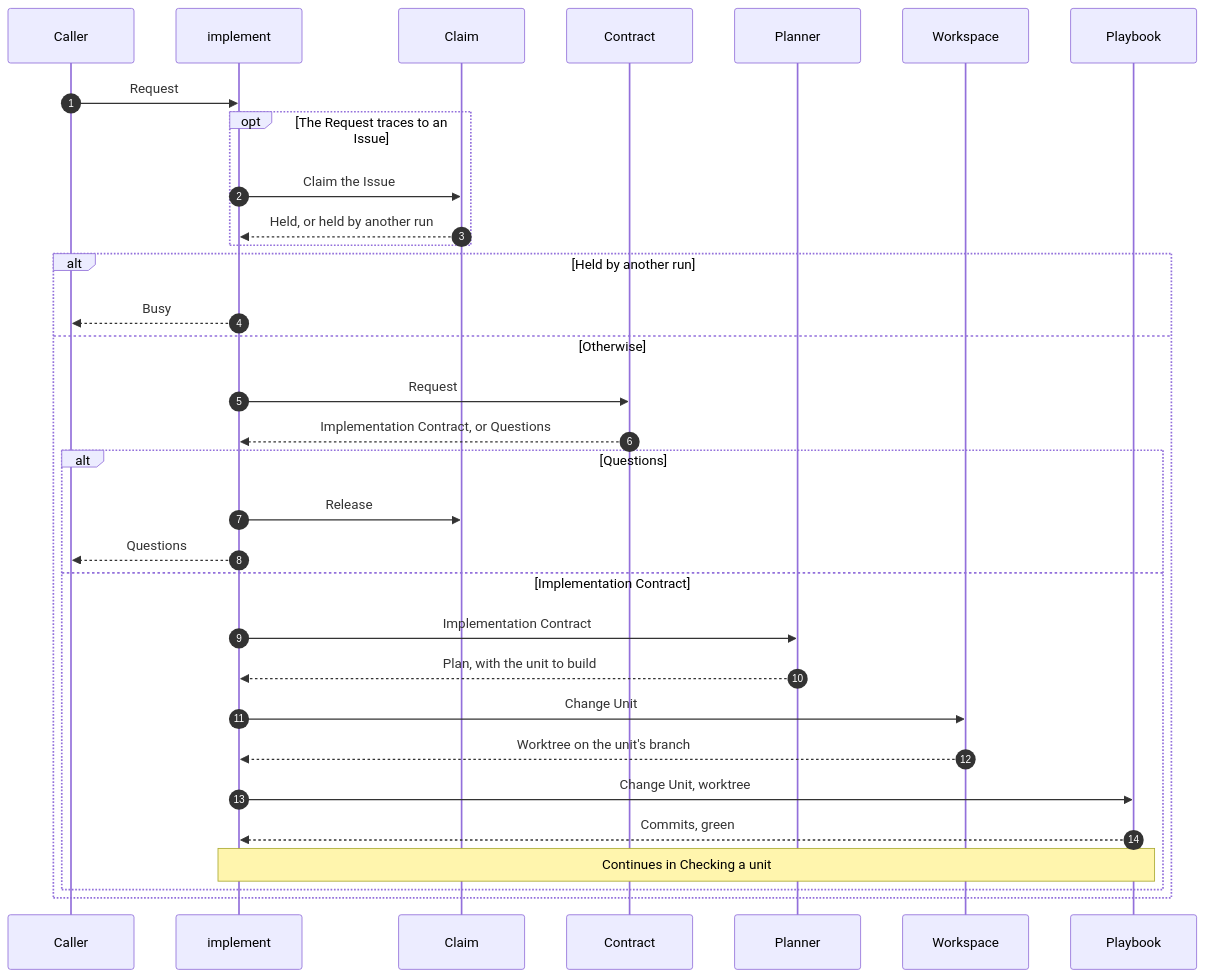
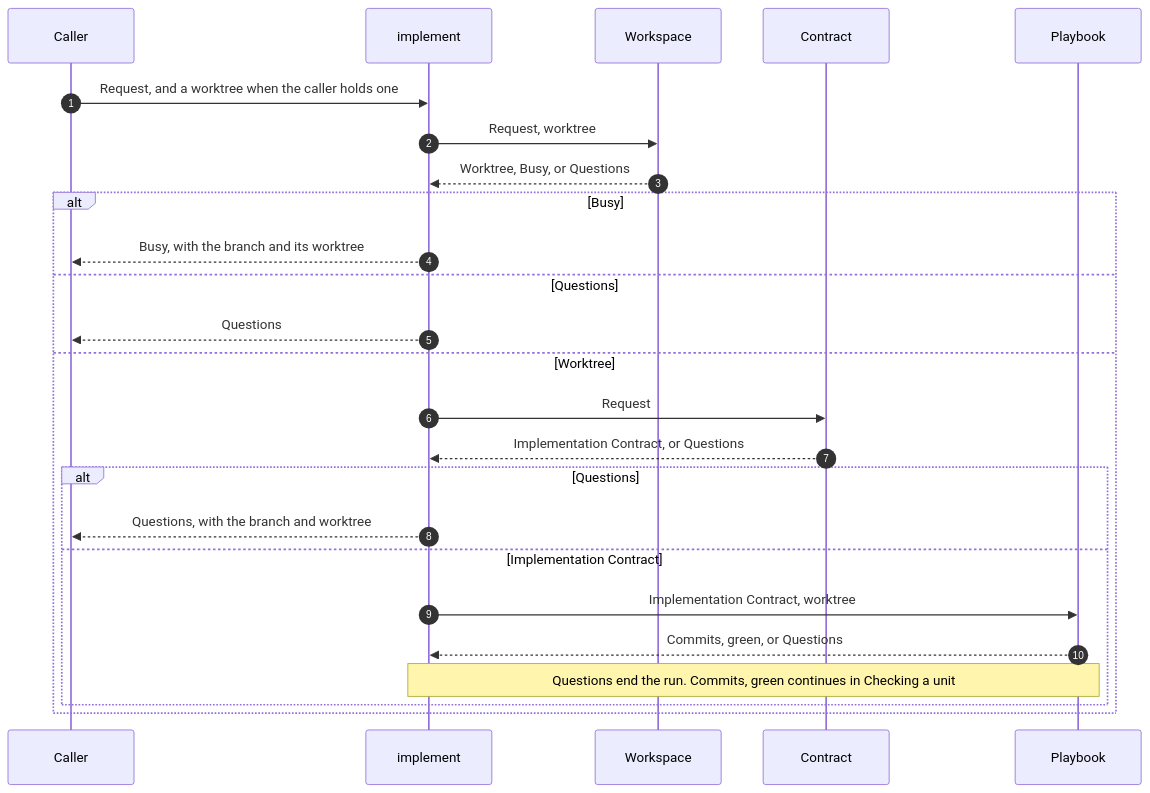
Before and after one commit to maro114510/skills: the second of 3 diagrams in docs/design/implement.md, drawn with Mermaid. The commit also changed other lines of this file, not shown here.

First line of the commit message:
docs(implement): retarget the Design Doc to one unit per Issue

````diff
--- a/docs/design/implement.md
+++ b/docs/design/implement.md
@@ -65,34 +70,27 @@
 ```mermaid
 sequenceDiagram
     autonumber
     participant K as Caller
     participant I as implement
-    participant CL as Claim
+    participant WS as Workspace
     participant CT as Contract
-    participant PL as Planner
-    participant WS as Workspace
     participant PB as Playbook
-    K->>I: Request
-    opt The Request traces to an Issue
-        I->>CL: Claim the Issue
-        CL-->>I: Held, or held by another run
-    end
-    alt Held by another run
-        I-->>K: Busy
-    else Otherwise
+    K->>I: Request, and a worktree when the caller holds one
+    I->>WS: Request, worktree
+    WS-->>I: Worktree, Busy, or Questions
+    alt Busy
+        I-->>K: Busy, with the branch and its worktree
+    else Questions
+        I-->>K: Questions
+    else Worktree
         I->>CT: Request
         CT-->>I: Implementation Contract, or Questions
         alt Questions
-            I->>CL: Release
-            I-->>K: Questions
+            I-->>K: Questions, with the branch and worktree
         else Implementation Contract
-            I->>PL: Implementation Contract
-            PL-->>I: Plan, with the unit to build
-            I->>WS: Change Unit
-            WS-->>I: Worktree on the unit's branch
-            I->>PB: Change Unit, worktree
-            PB-->>I: Commits, green
-            Note over I,PB: Continues in Checking a unit
+            I->>PB: Implementation Contract, worktree
+            PB-->>I: Commits, green, or Questions
+            Note over I,PB: Questions end the run. Commits, green continues in Checking a unit
         end
     end
 ```
````
